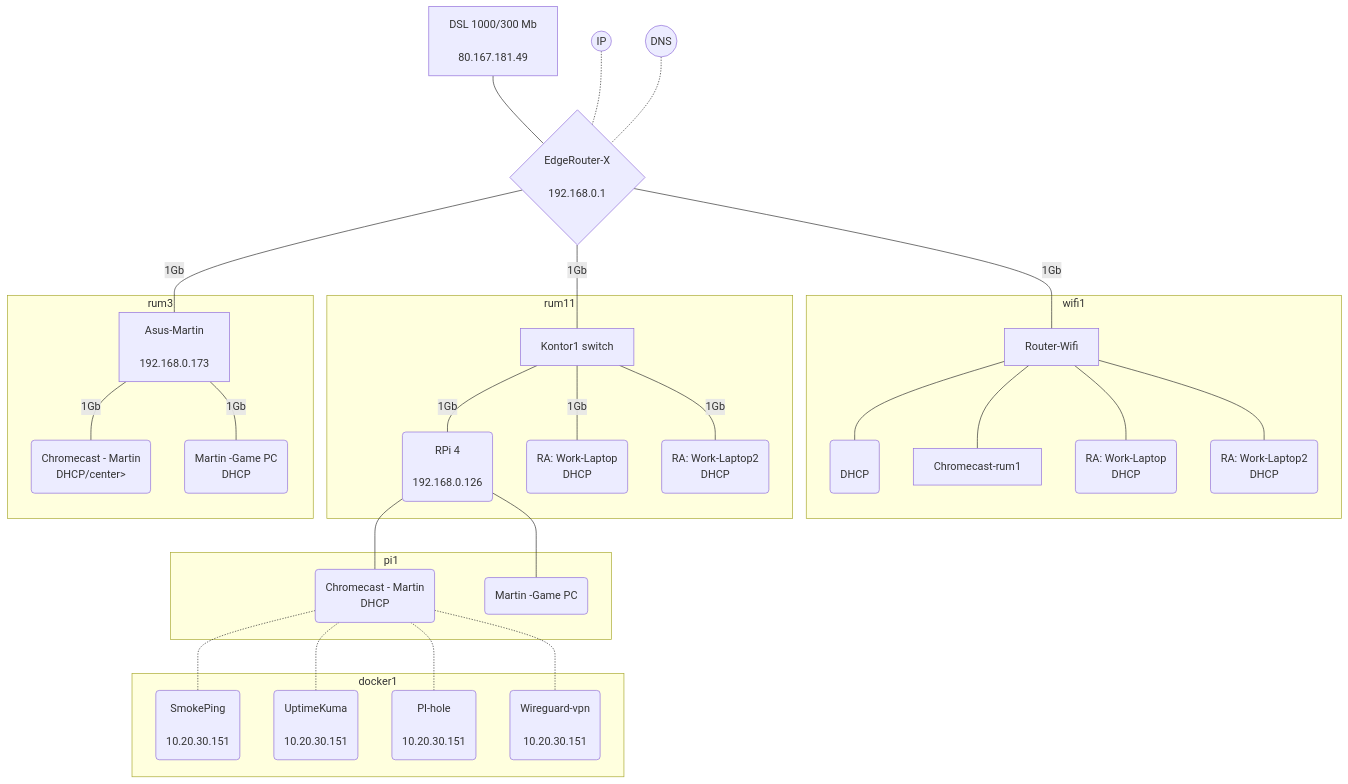
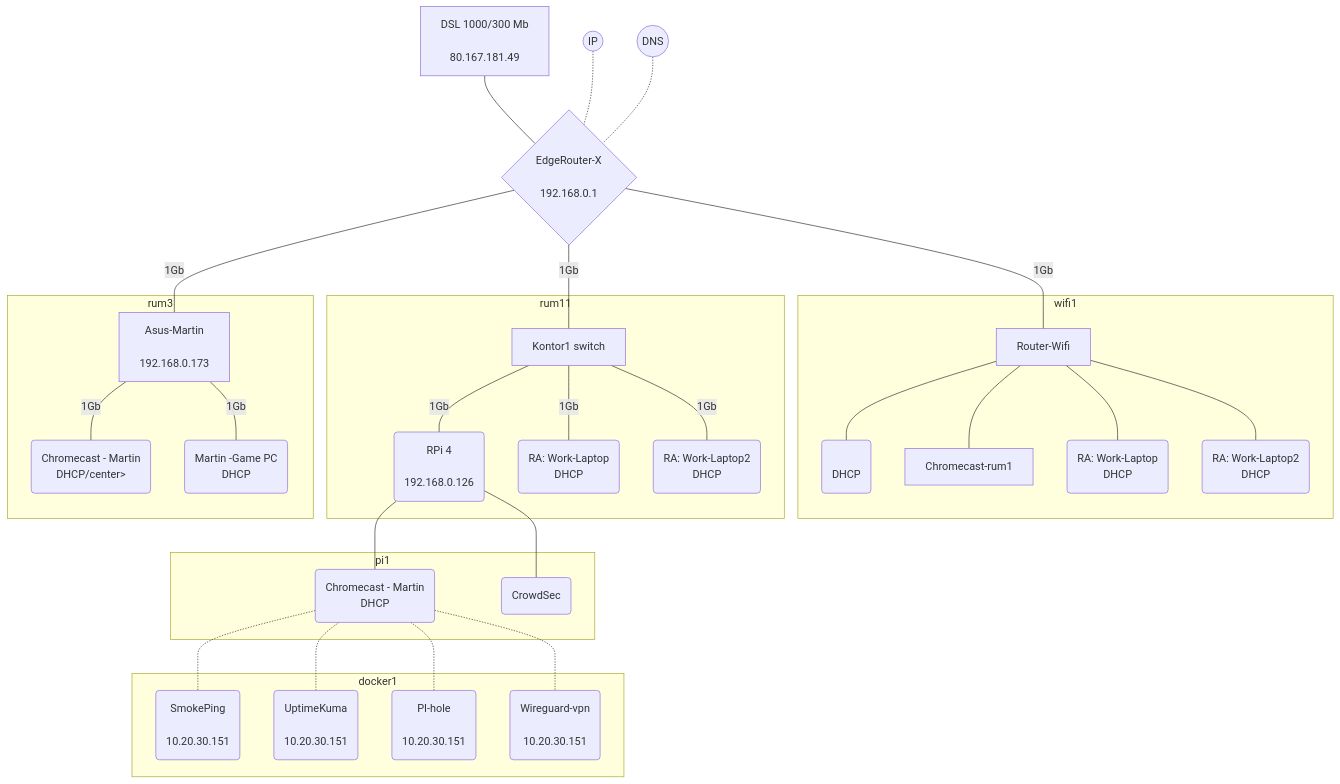
The diagram in Docs/Index.md (alf149/ansible), drawn with Mermaid before and after one commit.

````diff
--- a/Docs/Index.md
+++ b/Docs/Index.md
@@ -3,42 +3,42 @@
 ```mermaid
 graph TB
  linkStyle default interpolate basis
  wan1[<center>DSL 1000/300 Mb<br><br>80.167.181.49</center>]---router{<center>EdgeRouter-X<br><br>192.168.0.1</center>}
  ip((<center><br>IP<br><br></center>))-.-router
  dns((<center><br>DNS<br><br></center>))-.-router
  router---|1Gb|switch1[<center>Kontor1 switch</center>]
  router---|1Gb|switch2[<center>Asus-Martin<br><br>192.168.0.173</center>]
  router---|1Gb|acwifi1[<center>Router-Wifi</center>]
 
  subgraph wifi1
- acwifi1---Chromecast_rum0(<br>DHCP)
+ acwifi1---Chromecast-rum0(<center><br>DHCP</center>)
  acwifi1---Chromecast-rum1
  acwifi1---ra-work(<center>RA: Work-Laptop<br>DHCP</center>)
  acwifi1---ra-work-lab(<center>RA: Work-Laptop2<br>DHCP</center>)
  end
 
 
  subgraph rum11
  switch1---|1Gb|pi(<center>RPi 4<br><br>192.168.0.126</center>)
  switch1---|1Gb|work(<center>RA: Work-Laptop<br>DHCP</center>)
  switch1---|1Gb|work-lab(<center>RA: Work-Laptop2<br>DHCP</center>)
  end
  
  subgraph rum3
  switch2---|1Gb|chromecast(<center>Chromecast - Martin<br>DHCP/center>)
  switch2---|1Gb|game-pc(<center>Martin -Game PC<br>DHCP</center>)
  end
 
  subgraph pi1
  pi---docker(<center>Chromecast - Martin<br>DHCP</center>)
- pi---crowdsec(<center>Martin -Game PC</center>)
+ pi---crowdsec(<center>CrowdSec</center>)
  end
 
 subgraph docker1
  docker-.-smokeping(<center>SmokePing<br><br>10.20.30.151</center>)
  docker-.-uptimeKuma(<center>UptimeKuma<br><br>10.20.30.151</center>)
  docker-.-pihole(<center>PI-hole<br><br>10.20.30.151</center>)
  docker-.-wireguardvpn(<center>Wireguard-vpn<br><br>10.20.30.151</center>)
  
  end
  ```
````
